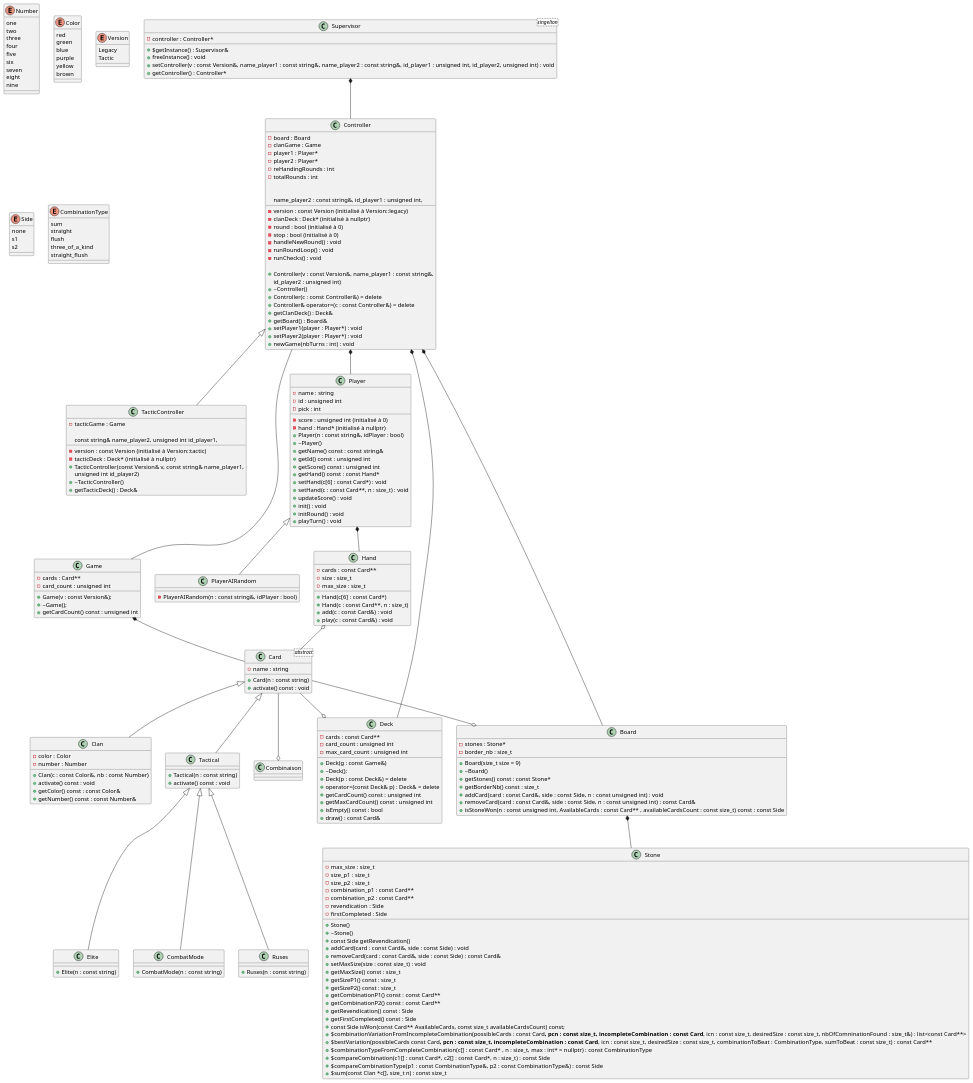
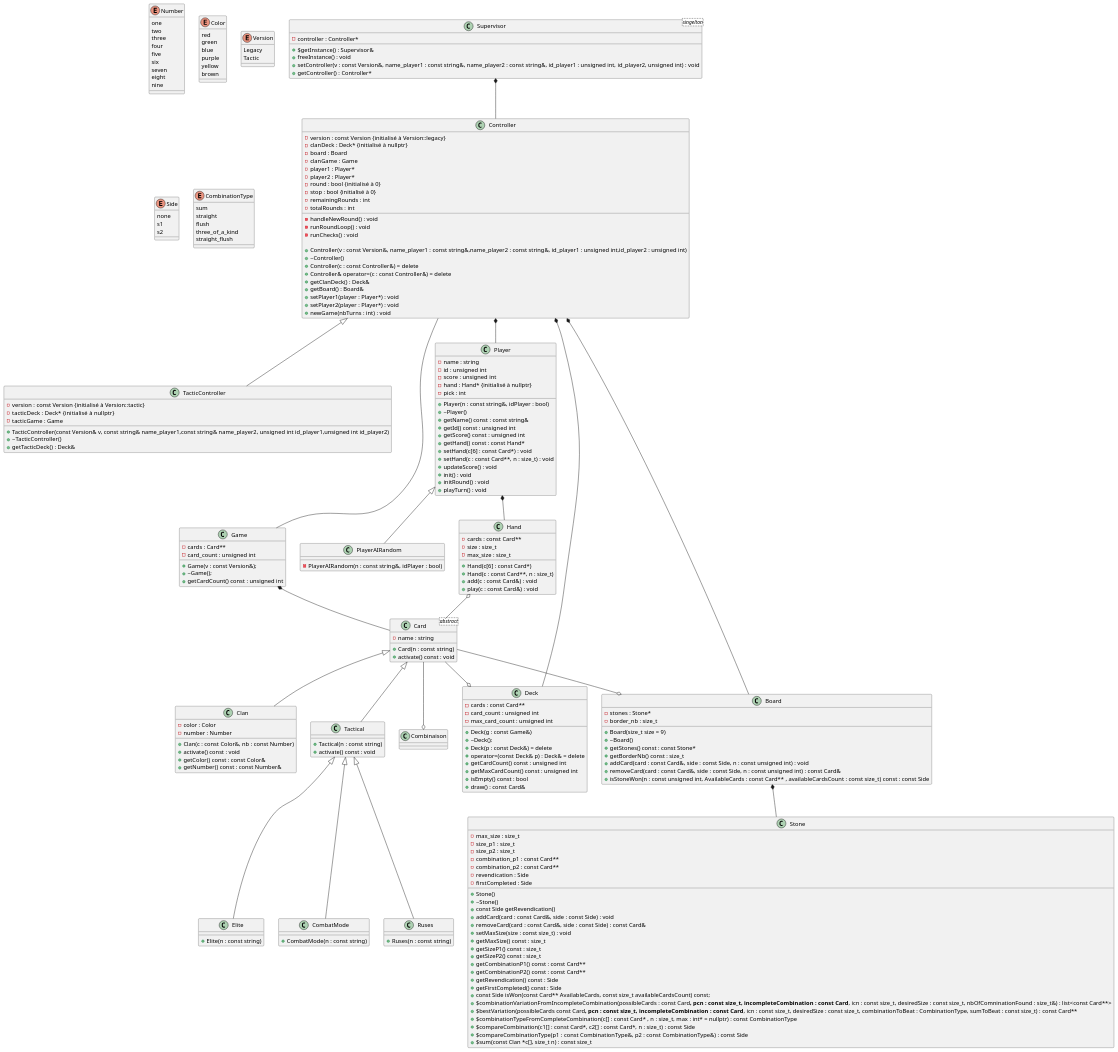
Before and after one commit to Ryustiel/LO21-Projet: the diagram in uml.plantuml, drawn with PlantUML.

Commit message:
Update UML (commentaires entre { } )

```diff
--- a/uml.plantuml
+++ b/uml.plantuml
@@ -53,24 +53,22 @@
 }
 
 class Controller {
-    - version : const Version (initialisé à Version::legacy)
-	- clanDeck : Deck* (initialisé à nullptr)
+    - version : const Version {initialisé à Version::legacy}
+	- clanDeck : Deck* {initialisé à nullptr}
 	- board : Board
 	- clanGame : Game
 	- player1 : Player*
 	- player2 : Player*
-	- round : bool (initialisé à 0)
-    - stop : bool (initialisé à 0)
-    - reHandingRounds : int
+	- round : bool {initialisé à 0}
+    - stop : bool {initialisé à 0}
+    - remainingRounds : int
     - totalRounds : int
 
     - handleNewRound() : void
     - runRoundLoop() : void
     - runChecks() : void
 
-    + Controller(v : const Version&, name_player1 : const string&,
-        name_player2 : const string&, id_player1 : unsigned int,
-        id_player2 : unsigned int)
+    + Controller(v : const Version&, name_player1 : const string&,name_player2 : const string&, id_player1 : unsigned int,id_player2 : unsigned int)
     + ~Controller()
     + Controller(c : const Controller&) = delete
 	+ Controller& operator=(c : const Controller&) = delete
@@ -82,13 +80,11 @@
 }
 
 class TacticController {
-    - version : const Version (initialisé à Version::tactic)
-	- tacticDeck : Deck* (initialisé à  nullptr)
+    - version : const Version {initialisé à Version::tactic}
+	- tacticDeck : Deck* {initialisé à  nullptr}
 	- tacticGame : Game
 
-    + TacticController(const Version& v, const string& name_player1,
-        const string& name_player2, unsigned int id_player1,
-        unsigned int id_player2)
+    + TacticController(const Version& v, const string& name_player1,const string& name_player2, unsigned int id_player1,unsigned int id_player2)
     + ~TacticController()
     + getTacticDeck() : Deck&
 }
@@ -96,8 +92,8 @@
 class Player {
     - name : string
     - id : unsigned int
-    - score : unsigned int (initialisé à 0)
-    - hand : Hand* (initialisé à nullptr)
+    - score : unsigned int 
+    - hand : Hand* {initialisé à nullptr}
     - pick : int
 
     + Player(n : const string&, idPlayer : bool)
```
